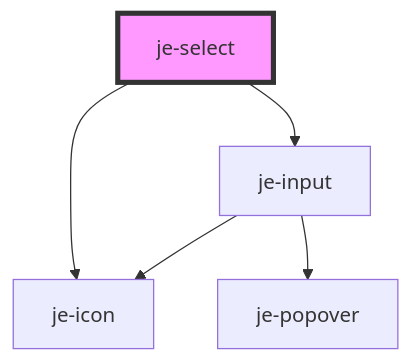
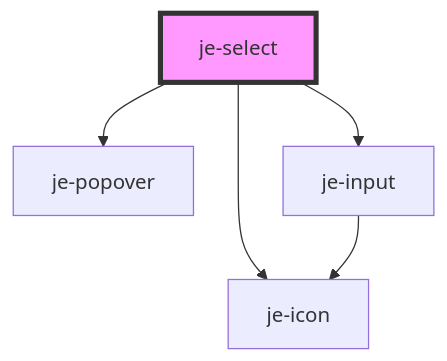
Before and after one commit to pgreen00/jebamo: the diagram in packages/core/documentation/components/select/je-select/readme.md, drawn with Mermaid. The commit also changed other lines of this file and 28 other files, not shown here.

````diff
--- a/packages/core/documentation/components/select/je-select/readme.md
+++ b/packages/core/documentation/components/select/je-select/readme.md
@@ -24,8 +25,8 @@
 ```mermaid
 graph TD;
+  je-select --> je-popover
   je-select --> je-input
   je-select --> je-icon
   je-input --> je-icon
-  je-input --> je-popover
   style je-select fill:#f9f,stroke:#333,stroke-width:4px
 ```
````
